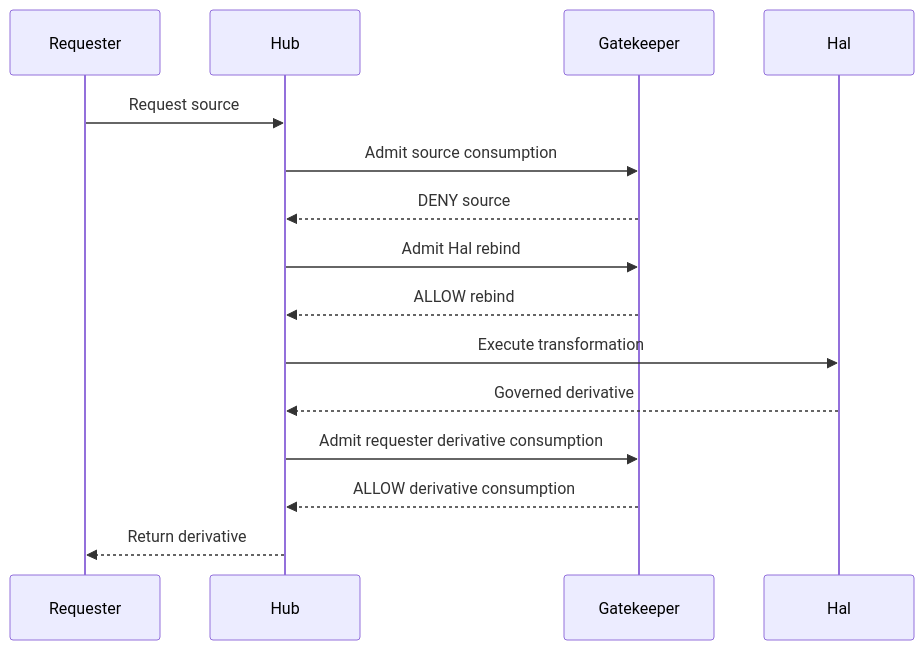
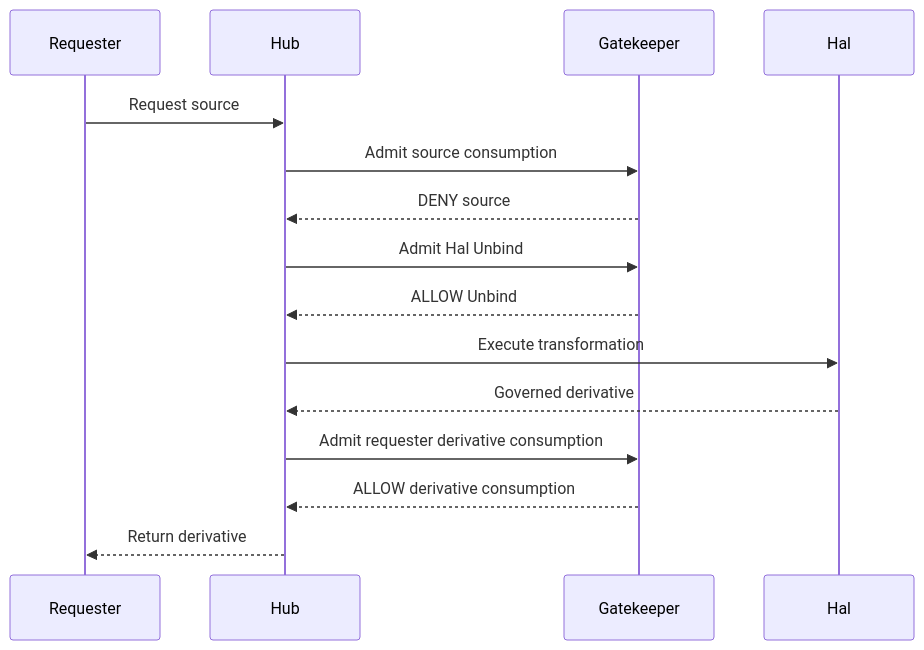
Before and after one commit to onzelf/openhealth-cdi: diagram 16 of 16 in doc/ARCHITECTURE.md, drawn with Mermaid. The commit also changed other lines of this file and 26 other files, not shown here.

````diff
--- a/doc/ARCHITECTURE.md
+++ b/doc/ARCHITECTURE.md
@@ -474,20 +474,20 @@
 ```mermaid
 sequenceDiagram
     participant R as Requester
     participant H as Hub
     participant G as Gatekeeper
     participant A as Hal
 
     R->>H: Request source
     H->>G: Admit source consumption
     G-->>H: DENY source
 
-    H->>G: Admit Hal rebind
-    G-->>H: ALLOW rebind
+    H->>G: Admit Hal Unbind
+    G-->>H: ALLOW Unbind
     H->>A: Execute transformation
     A-->>H: Governed derivative
 
     H->>G: Admit requester derivative consumption
     G-->>H: ALLOW derivative consumption
     H-->>R: Return derivative
 ```
````
